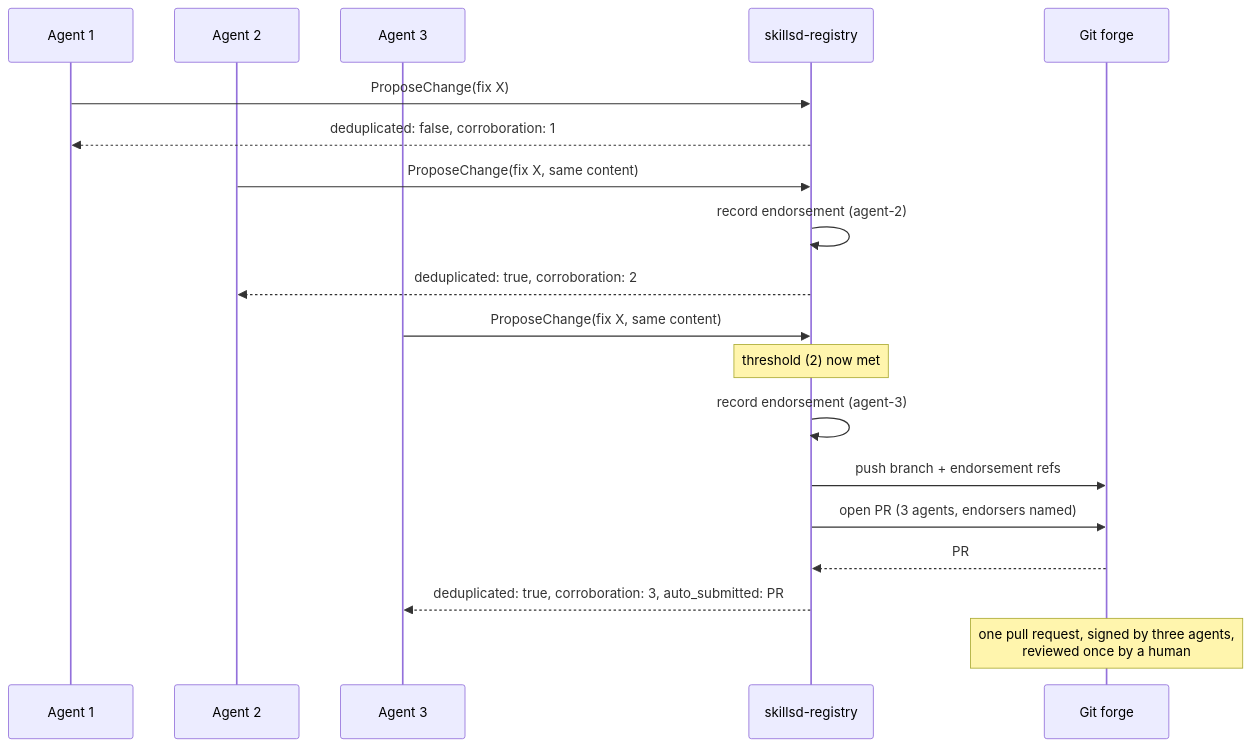
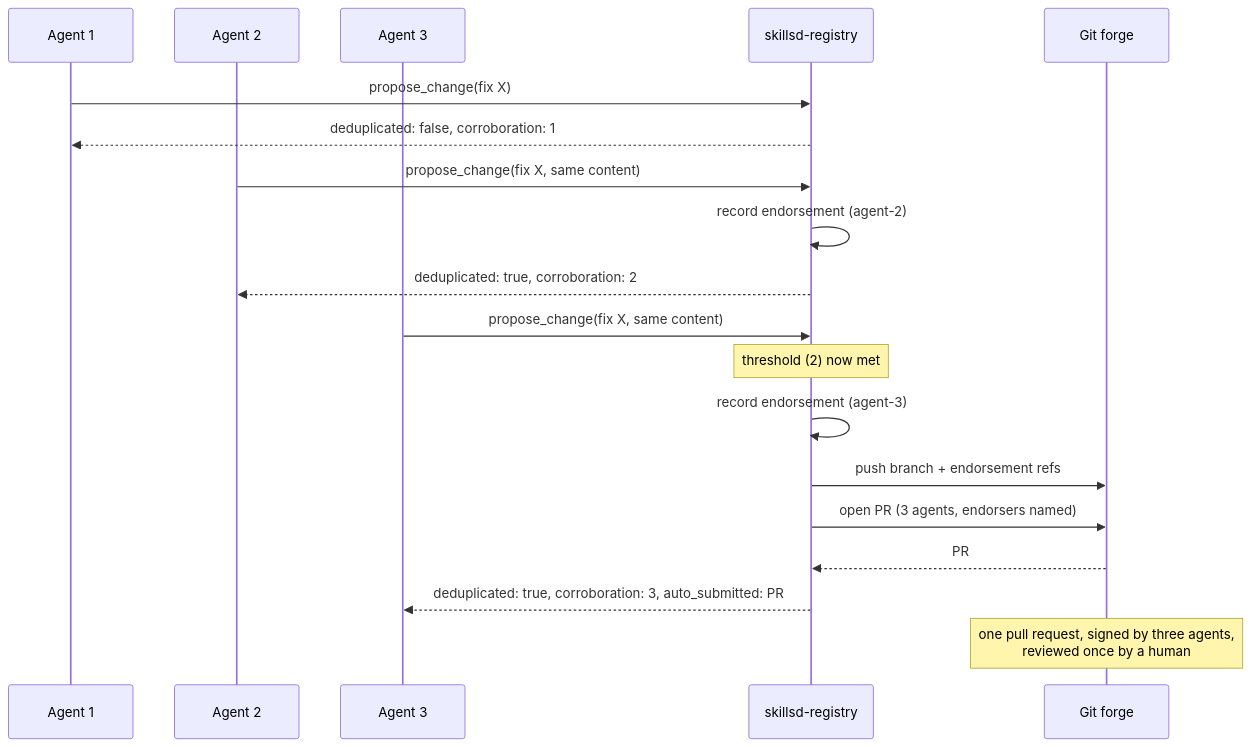
The second of 2 diagrams in docs/skillsd-registry.md (araghukas/skillset), drawn with Mermaid before and after one commit. The commit also changed other lines of this file and 4 other files, not shown here.

````diff
--- a/docs/skillsd-registry.md
+++ b/docs/skillsd-registry.md
@@ -112,25 +115,25 @@
 ```mermaid
 sequenceDiagram
     participant A1 as Agent 1
     participant A2 as Agent 2
     participant A3 as Agent 3
     participant Reg as skillsd-registry
     participant GH as Git forge
 
-    A1->>Reg: ProposeChange(fix X)
+    A1->>Reg: propose_change(fix X)
     Reg-->>A1: deduplicated: false, corroboration: 1
 
-    A2->>Reg: ProposeChange(fix X, same content)
+    A2->>Reg: propose_change(fix X, same content)
     Reg->>Reg: record endorsement (agent-2)
     Reg-->>A2: deduplicated: true, corroboration: 2
 
-    A3->>Reg: ProposeChange(fix X, same content)
+    A3->>Reg: propose_change(fix X, same content)
     Note over Reg: threshold (2) now met
     Reg->>Reg: record endorsement (agent-3)
     Reg->>GH: push branch + endorsement refs
     Reg->>GH: open PR (3 agents, endorsers named)
     GH-->>Reg: PR #42
     Reg-->>A3: deduplicated: true, corroboration: 3, auto_submitted: PR #42
 
     Note over GH: one pull request, signed by three agents,<br/>reviewed once by a human
 ```
````
